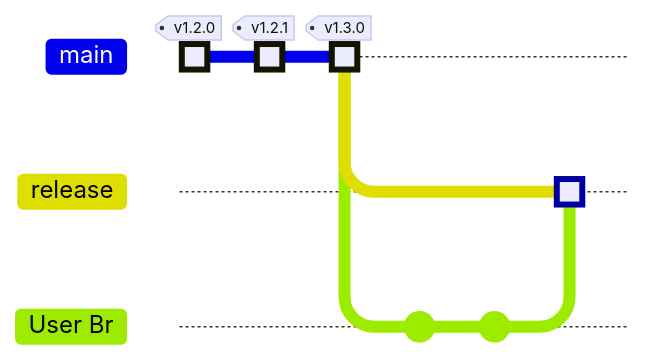
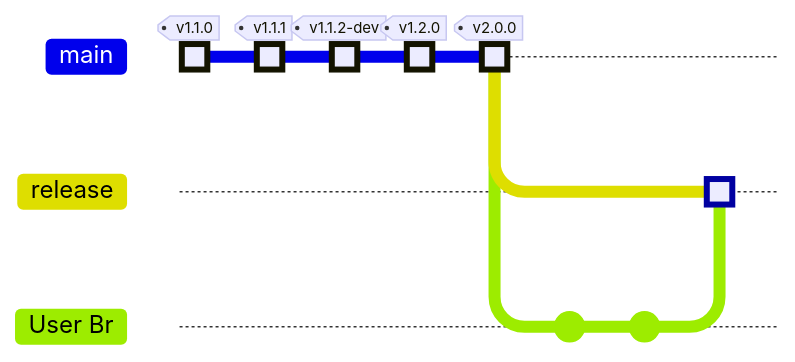
The third of 4 diagrams in docs/topics/gitops/release-me-process.md (boromir674/automated-workflows), drawn with Mermaid before and after one commit. The commit also changed other lines of this file and 12 other files, not shown here. Commit ids are hidden.

````diff
--- a/docs/topics/gitops/release-me-process.md
+++ b/docs/topics/gitops/release-me-process.md
@@ -35,16 +40,18 @@
 ```mermaid
 
     %%{init: { 'logLevel': 'debug', 'theme': 'gitGraph': {'rotateCommitLabel': true, 'showBranches': true, 'showCommitLabel':true, 'mainBranchName': 'main / master'}} }%%
         gitGraph
+            commit id: "[NEW] 1.1.0" type: HIGHLIGHT tag: "v1.1.0"
+            commit id: "[FIX] 1.1.1" type: HIGHLIGHT tag: "v1.1.1"
+            commit id: "[DEV] 1.1.2-dev" type: HIGHLIGHT tag: "v1.1.2-dev"
             commit id: "[NEW] 1.2.0" type: HIGHLIGHT tag: "v1.2.0"
-            commit id: "[NEW] 1.2.1" type: HIGHLIGHT tag: "v1.2.1"
-            commit id: "[NEW] 1.3.0" type: HIGHLIGHT tag: "v1.3.0"
+            commit id: "[NEW] 2.0.0" type: HIGHLIGHT tag: "v2.0.0"
             branch release
 
             branch "User Br"
             commit
             commit id: "new feat"
 
             checkout release
             merge "User Br" id: "Merge" type: HIGHLIGHT
 ```
````
